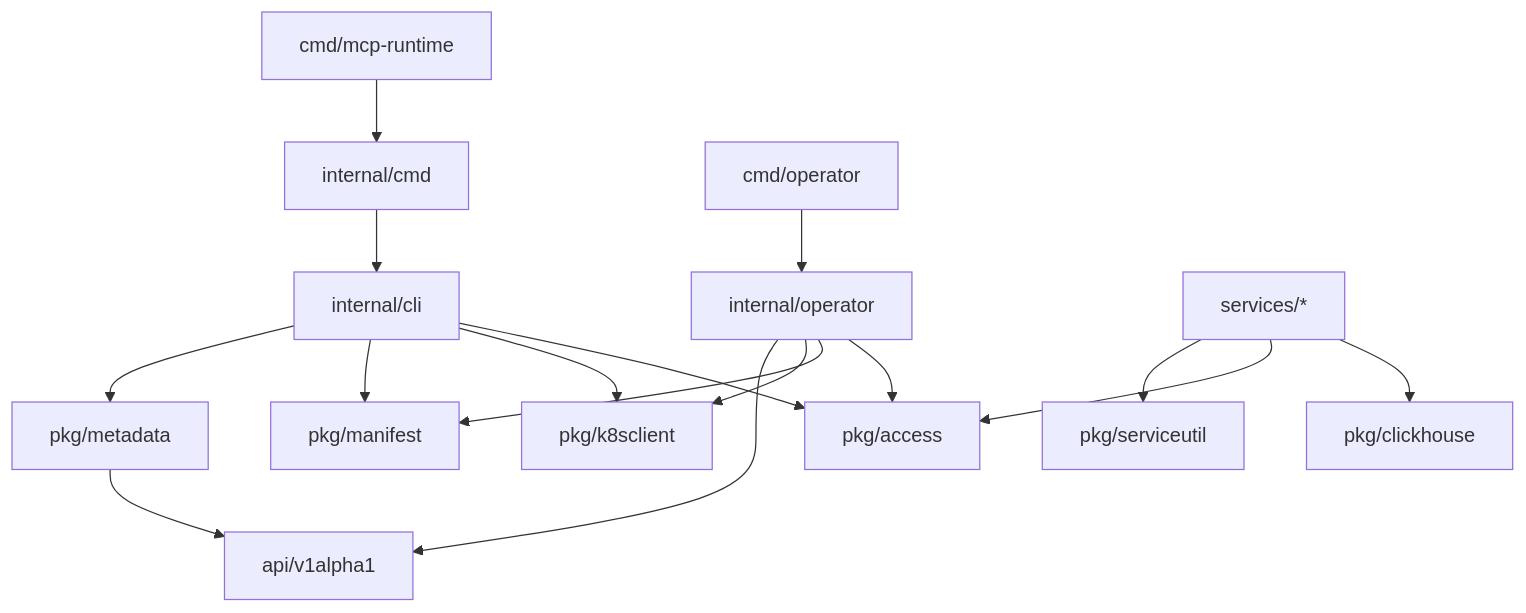
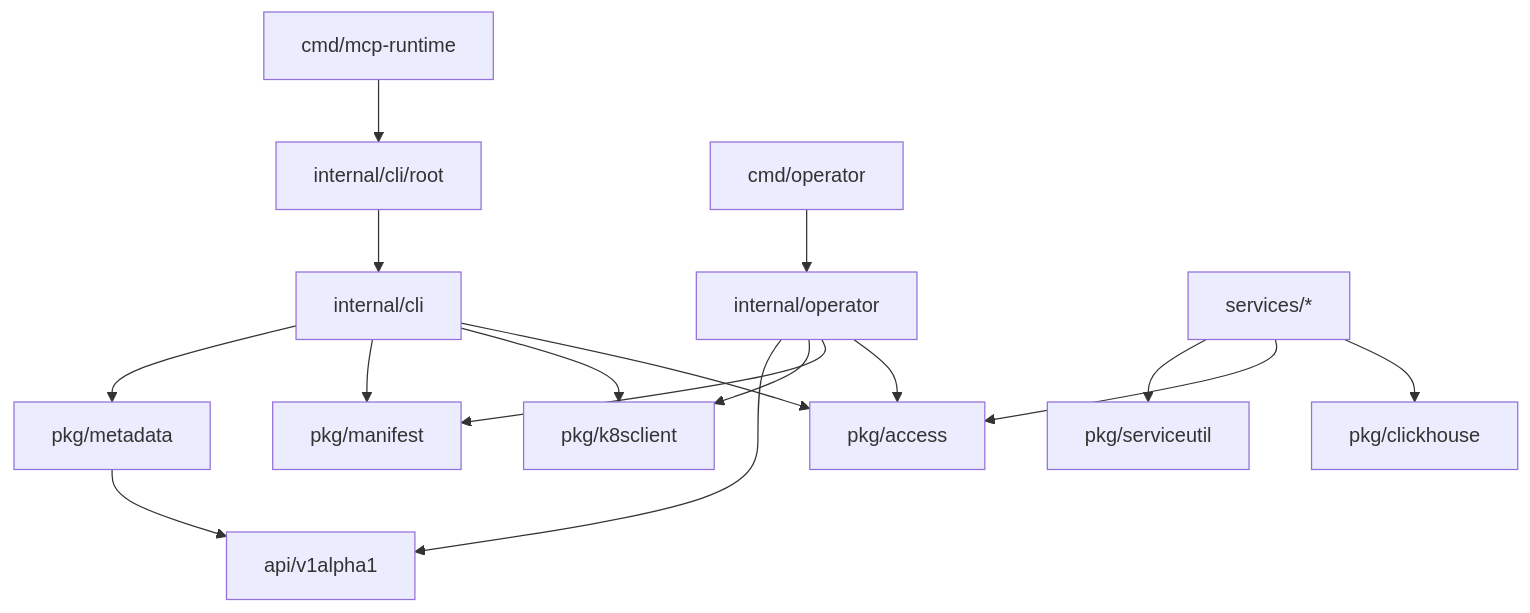
Before and after one commit to ankitkatewa/mcp-runtime: the fourth of 4 diagrams in docs/internals/README.md, drawn with Mermaid. The commit also changed other lines of this file and 21 other files, not shown here.

Commit message:
refactor(cli): remove internal cmd routing layer

````diff
--- a/docs/internals/README.md
+++ b/docs/internals/README.md
@@ -102,18 +102,18 @@
 ```mermaid
 flowchart TB
-    Cmd[cmd/mcp-runtime] --> InternalCmd[internal/cmd]
-    InternalCmd --> InternalCLI[internal/cli]
+    Cmd[cmd/mcp-runtime] --> CLIRoot[internal/cli/root]
+    CLIRoot --> InternalCLI[internal/cli]
     InternalCLI --> Metadata[pkg/metadata]
     InternalCLI --> Manifest[pkg/manifest]
     InternalCLI --> K8sClient[pkg/k8sclient]
     InternalCLI --> Access[pkg/access]
     CmdOp[cmd/operator] --> Operator[internal/operator]
     Operator --> API[api/v1alpha1]
     Operator --> K8sClient
     Operator --> Manifest
     Operator --> Access
     Services[services/*] --> ServiceUtil[pkg/serviceutil]
     Services --> Access
     Services --> ClickHouse[pkg/clickhouse]
     Metadata --> API
 ```
````
